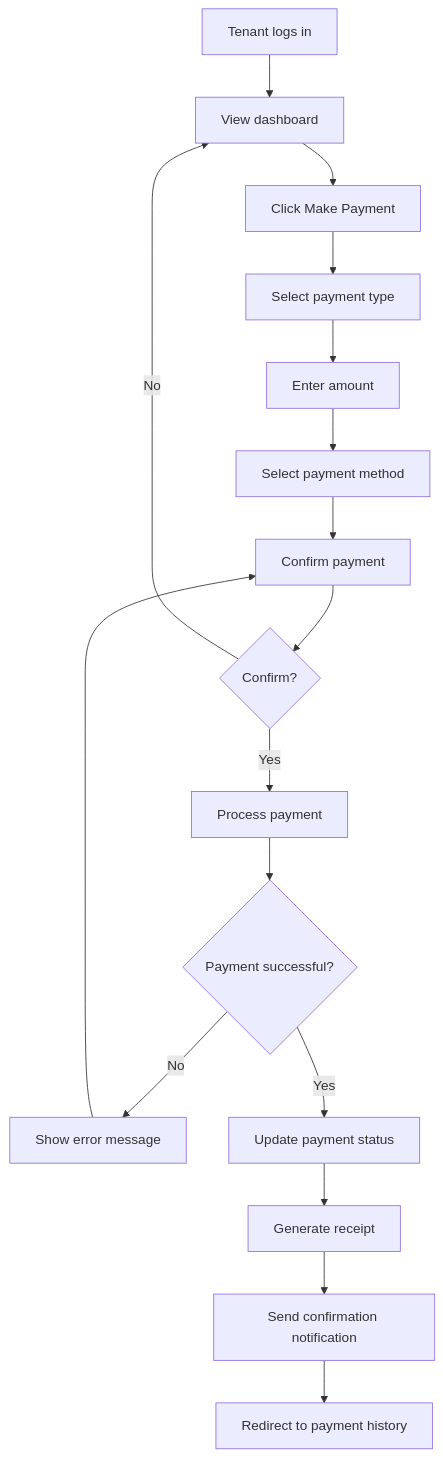
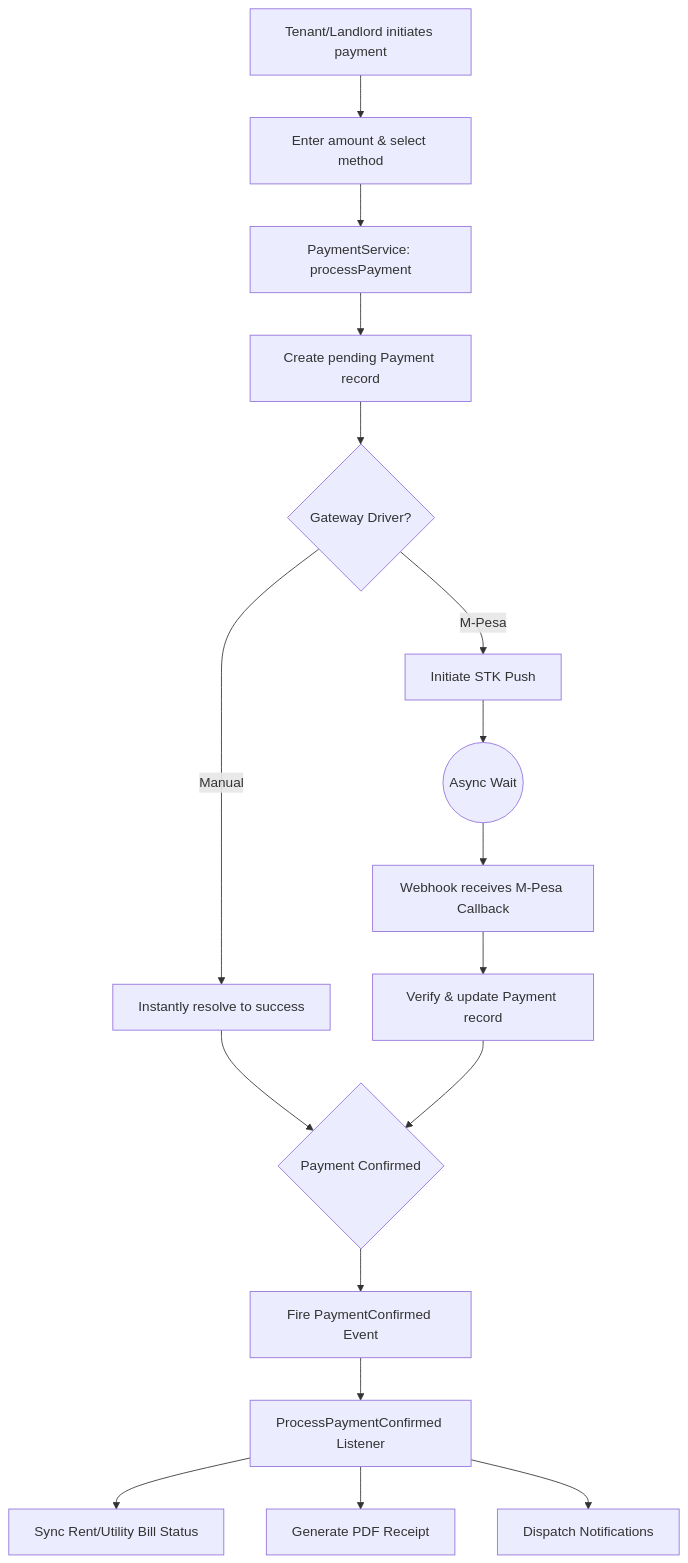
Diagram 13 of 15 in docs/projectsummary/BUSINESS_LOGIC.md (luisosena/estate), drawn with Mermaid before and after one commit. The commit also changed 67 other files, not shown here.

Commit message:
feat: refactor the architecture and fix bugs. refer to docs\projectsummary\REFACTORING_PHASES.md for details

````diff
--- a/docs/projectsummary/BUSINESS_LOGIC.md
+++ b/docs/projectsummary/BUSINESS_LOGIC.md
@@ -961,19 +961,19 @@
 ```mermaid
 flowchart TD
-    A[Tenant logs in] --> B[View dashboard]
-    B --> C[Click Make Payment]
-    C --> D[Select payment type]
-    D --> E[Enter amount]
-    E --> F[Select payment method]
-    F --> G[Confirm payment]
-    G --> H{Confirm?}
-    H -->|No| B
-    H -->|Yes| I[Process payment]
-    I --> J{Payment successful?}
-    J -->|No| K[Show error message]
-    K --> G
-    J -->|Yes| L[Update payment status]
-    L --> M[Generate receipt]
-    M --> N[Send confirmation notification]
-    N --> O[Redirect to payment history]
+    A[Tenant/Landlord initiates payment] --> B[Enter amount & select method]
+    B --> C[PaymentService: processPayment]
+    C --> D[Create pending Payment record]
+    D --> E{Gateway Driver?}
+    E -->|Manual| F[Instantly resolve to success]
+    E -->|M-Pesa| G[Initiate STK Push]
+    G --> H((Async Wait))
+    H --> I[Webhook receives M-Pesa Callback]
+    I --> J[Verify & update Payment record]
+    F --> K{Payment Confirmed}
+    J --> K
+    K --> L[Fire PaymentConfirmed Event]
+    L --> M[ProcessPaymentConfirmed Listener]
+    M --> N[Sync Rent/Utility Bill Status]
+    M --> O[Generate PDF Receipt]
+    M --> P[Dispatch Notifications]
 ```
````
